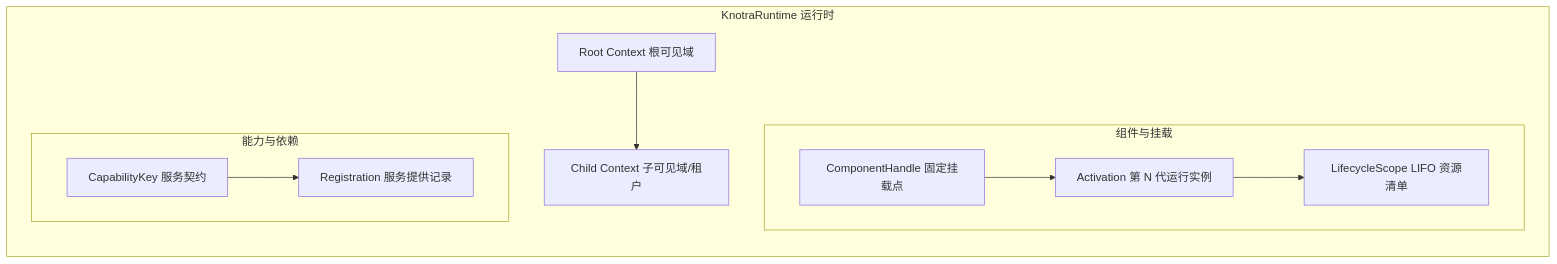
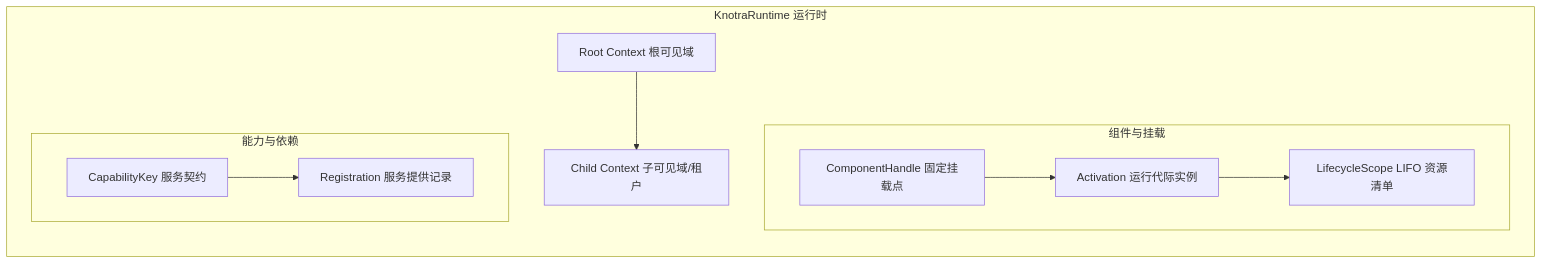
One commit to fjay/knotra changed the first of 5 diagrams in docs/Knotra API 与集成指南.md. Above: the diagram before and after it, drawn with Mermaid. The commit also changed other lines of this file and 7 other files, not shown here.

````diff
--- a/docs/Knotra API 与集成指南.md
+++ b/docs/Knotra API 与集成指南.md
@@ -11,23 +11,23 @@
 ```mermaid
 graph TB
     subgraph knotra_runtime ["KnotraRuntime 运行时"]
         direction TB
         RootContext["Root Context 根可见域"]
         ChildContext["Child Context 子可见域/租户"]
         RootContext --> ChildContext
 
         subgraph sub_comp ["组件与挂载"]
             Handle["ComponentHandle 固定挂载点"]
-            Activation["Activation 第 N 代运行实例"]
+            Activation["Activation 运行代际实例"]
             Scope["LifecycleScope LIFO 资源清单"]
             Handle --> Activation
             Activation --> Scope
         end
 
         subgraph sub_cap ["能力与依赖"]
             CapKey["CapabilityKey 服务契约"]
             Reg["Registration 服务提供记录"]
             CapKey --> Reg
         end
     end
 ```
````
